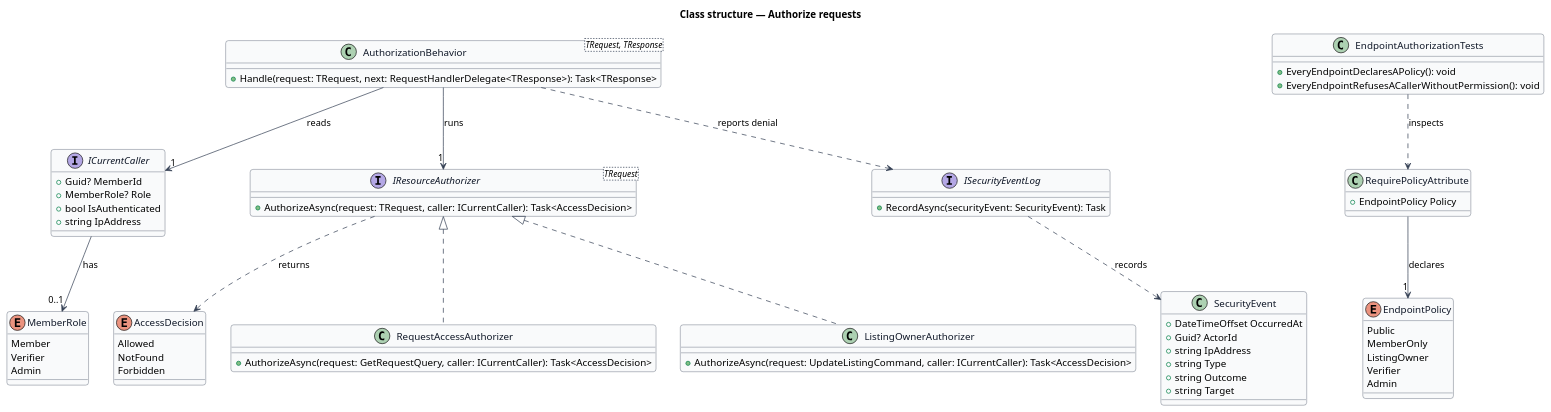
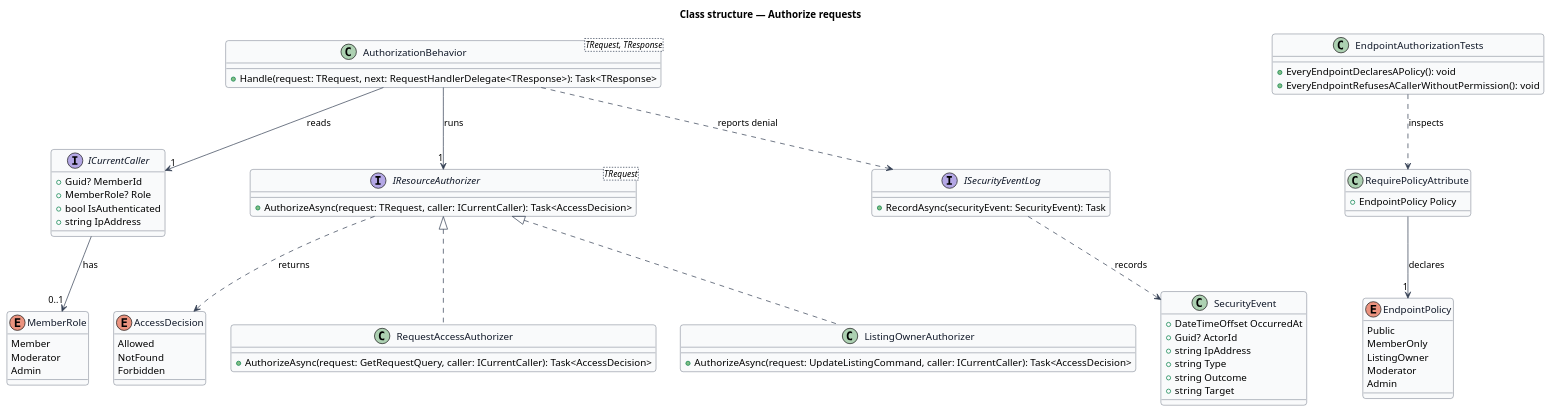
The diagram in docs/detailed-designs/security/authorize-requests/diagrams/class-structure.puml (QuinntyneBrown/jubilee), drawn with PlantUML before and after one commit. The commit also changed 1076 other files, not shown here.

```diff
--- a/docs/detailed-designs/security/authorize-requests/diagrams/class-structure.puml
+++ b/docs/detailed-designs/security/authorize-requests/diagrams/class-structure.puml
@@ -1,91 +1,91 @@
 @startuml
 ' --- shared skin header ---
 skinparam backgroundColor #FFFFFF
 skinparam shadowing false
 skinparam roundcorner 8
 skinparam defaultFontName Arial
 skinparam ArrowColor #344054
 skinparam class {
   BorderColor #344054
   FontColor #101828
   BackgroundColor #F9FAFB
 }
 ' --------------------------
 title Class structure — Authorize requests
 
 enum MemberRole {
   Member
-  Verifier
+  Moderator
   Admin
 }
 
 enum EndpointPolicy {
   Public
   MemberOnly
   ListingOwner
-  Verifier
+  Moderator
   Admin
 }
 
 enum AccessDecision {
   Allowed
   NotFound
   Forbidden
 }
 
 interface ICurrentCaller {
   +Guid? MemberId
   +MemberRole? Role
   +bool IsAuthenticated
   +string IpAddress
 }
 
 class RequirePolicyAttribute {
   +EndpointPolicy Policy
 }
 
 interface "IResourceAuthorizer<TRequest>" as IResourceAuthorizer {
   +AuthorizeAsync(request: TRequest, caller: ICurrentCaller): Task<AccessDecision>
 }
 
 class RequestAccessAuthorizer {
   +AuthorizeAsync(request: GetRequestQuery, caller: ICurrentCaller): Task<AccessDecision>
 }
 
 class ListingOwnerAuthorizer {
   +AuthorizeAsync(request: UpdateListingCommand, caller: ICurrentCaller): Task<AccessDecision>
 }
 
 class "AuthorizationBehavior<TRequest, TResponse>" as AuthorizationBehavior {
   +Handle(request: TRequest, next: RequestHandlerDelegate<TResponse>): Task<TResponse>
 }
 
 interface ISecurityEventLog {
   +RecordAsync(securityEvent: SecurityEvent): Task
 }
 
 class SecurityEvent {
   +DateTimeOffset OccurredAt
   +Guid? ActorId
   +string IpAddress
   +string Type
   +string Outcome
   +string Target
 }
 
 class EndpointAuthorizationTests {
   +EveryEndpointDeclaresAPolicy(): void
   +EveryEndpointRefusesACallerWithoutPermission(): void
 }
 
 IResourceAuthorizer <|.. RequestAccessAuthorizer
 IResourceAuthorizer <|.. ListingOwnerAuthorizer
 AuthorizationBehavior --> "1" ICurrentCaller : reads
 AuthorizationBehavior --> "1" IResourceAuthorizer : runs
 AuthorizationBehavior ..> ISecurityEventLog : reports denial
 IResourceAuthorizer ..> AccessDecision : returns
 ICurrentCaller --> "0..1" MemberRole : has
 RequirePolicyAttribute --> "1" EndpointPolicy : declares
 ISecurityEventLog ..> SecurityEvent : records
 EndpointAuthorizationTests ..> RequirePolicyAttribute : inspects
 @enduml
```
